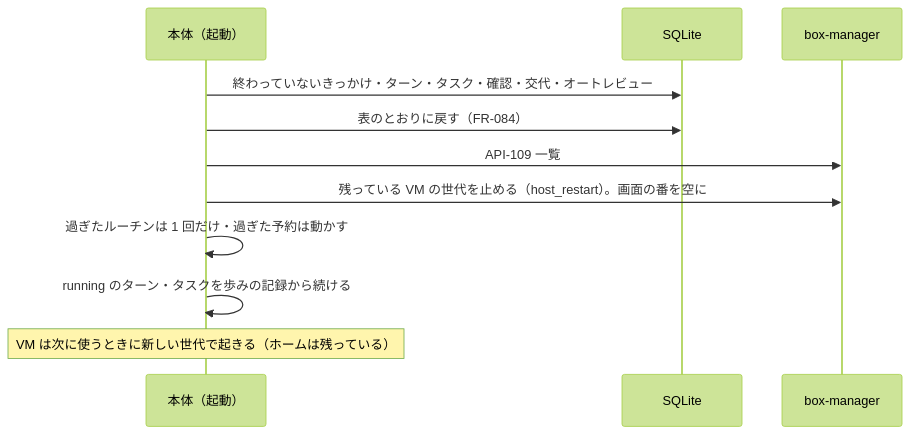
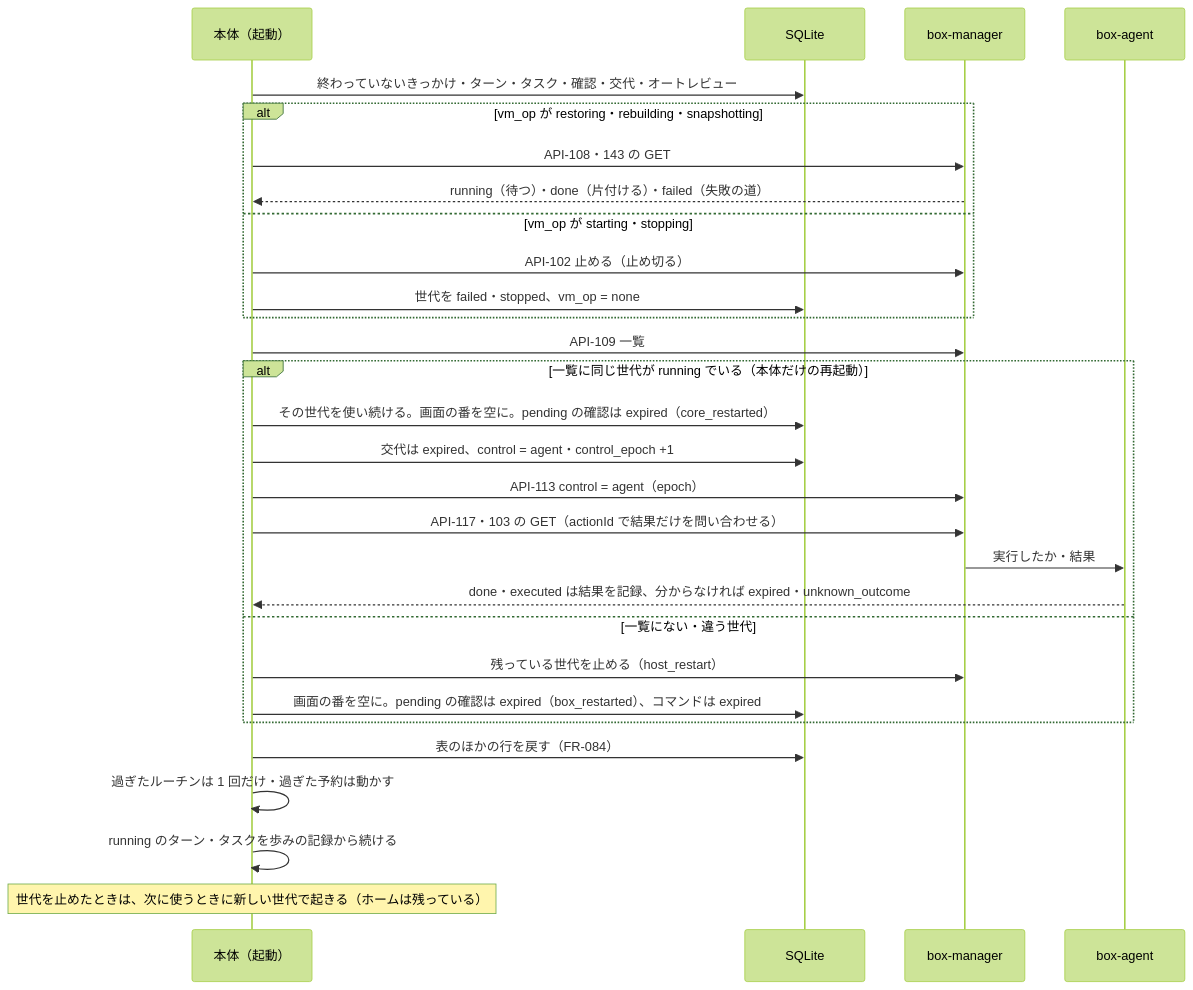
Before and after one commit to itiwoja/agent-team: diagram 12 of 13 in docs/design/10_diagrams/sequences.md, drawn with Mermaid (forest theme). The commit also changed other lines of this file and 32 other files, not shown here.

````diff
--- a/docs/design/10_diagrams/sequences.md
+++ b/docs/design/10_diagrams/sequences.md
@@ -276,13 +314,31 @@
 ```mermaid
 sequenceDiagram
  participant CORE as 本体（起動）
  participant DB as SQLite
  participant BM as box-manager
+ participant B as box-agent
  CORE->>DB: 終わっていないきっかけ・ターン・タスク・確認・交代・オートレビュー
- CORE->>DB: 表のとおりに戻す（FR-084）
+ alt vm_op が restoring・rebuilding・snapshotting
+  CORE->>BM: API-108・143 の GET
+  BM-->>CORE: running（待つ）・done（片付ける）・failed（失敗の道）
+ else vm_op が starting・stopping
+  CORE->>BM: API-102 止める（止め切る）
+  CORE->>DB: 世代を failed・stopped、vm_op = none
+ end
  CORE->>BM: API-109 一覧
- CORE->>BM: 残っている VM の世代を止める（host_restart）。画面の番を空に
+ alt 一覧に同じ世代が running でいる（本体だけの再起動）
+  CORE->>DB: その世代を使い続ける。画面の番を空に。pending の確認は expired（core_restarted）
+  CORE->>DB: 交代は expired、control = agent・control_epoch +1
+  CORE->>BM: API-113 control = agent（epoch）
+  CORE->>BM: API-117・103 の GET（actionId で結果だけを問い合わせる）
+  BM->>B: 実行したか・結果
+  B-->>CORE: done・executed は結果を記録、分からなければ expired・unknown_outcome
+ else 一覧にない・違う世代
+  CORE->>BM: 残っている世代を止める（host_restart）
+  CORE->>DB: 画面の番を空に。pending の確認は expired（box_restarted）、コマンドは expired
+ end
+ CORE->>DB: 表のほかの行を戻す（FR-084）
  CORE->>CORE: 過ぎたルーチンは 1 回だけ・過ぎた予約は動かす
  CORE->>CORE: running のターン・タスクを歩みの記録から続ける
- Note over CORE: VM は次に使うときに新しい世代で起きる（ホームは残っている）
+ Note over CORE: 世代を止めたときは、次に使うときに新しい世代で起きる（ホームは残っている）
 ```
````
